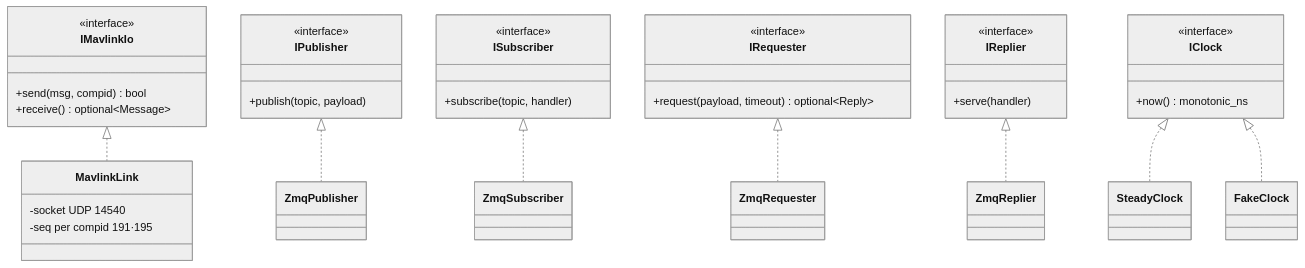
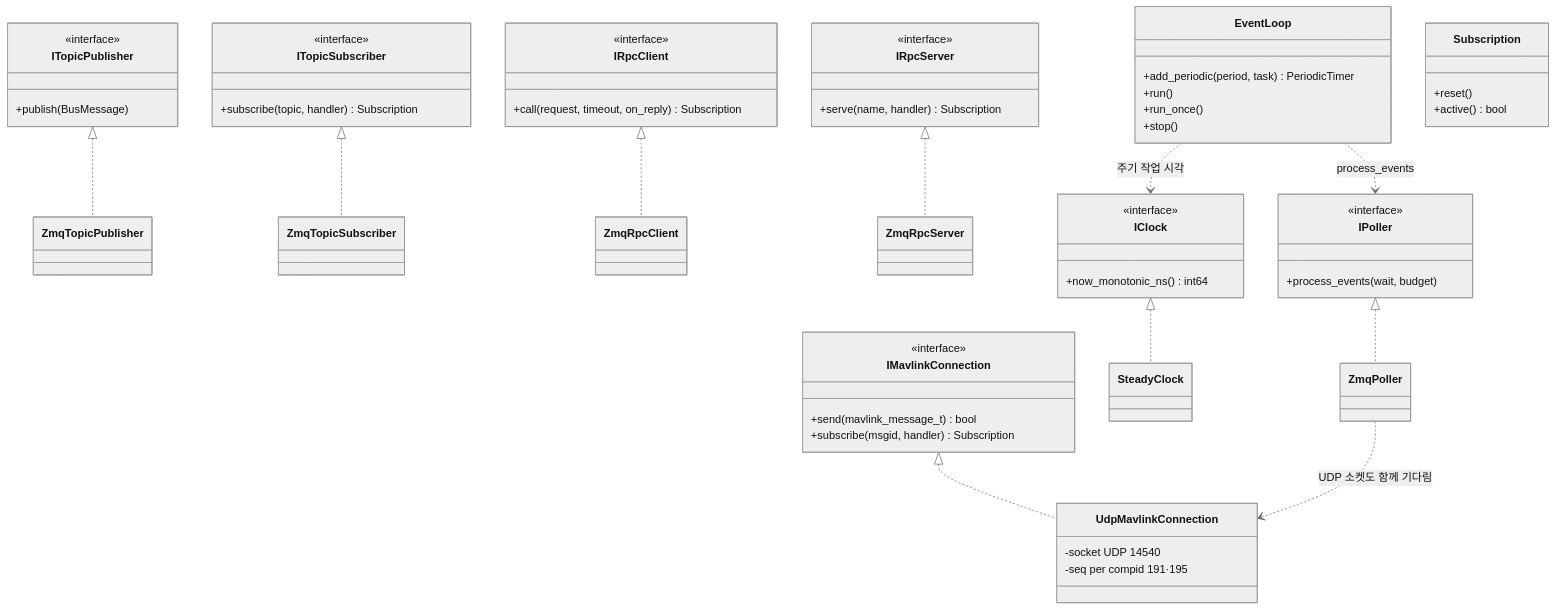
Before and after one commit to lig-argus/argus-edge-vision: the first of 3 diagrams in docs/design/uml/class_onboard.md, drawn with Mermaid (neutral theme). The commit also changed other lines of this file and 7 other files, not shown here.

````diff
--- a/docs/design/uml/class_onboard.md
+++ b/docs/design/uml/class_onboard.md
@@ -11,46 +12,63 @@
 ```mermaid
 classDiagram
-    class IMavlinkIo {
+    class IMavlinkConnection {
         <<interface>>
-        +send(msg, compid) bool
-        +receive() optional~Message~
+        +send(mavlink_message_t) bool
+        +subscribe(msgid, handler) Subscription
     }
-    class MavlinkLink {
+    class UdpMavlinkConnection {
         -socket UDP 14540
         -seq per compid 191·195
     }
-    class IPublisher {
+    class ITopicPublisher {
         <<interface>>
-        +publish(topic, payload)
+        +publish(BusMessage)
     }
-    class ISubscriber {
+    class ITopicSubscriber {
         <<interface>>
-        +subscribe(topic, handler)
+        +subscribe(topic, handler) Subscription
     }
-    class IRequester {
+    class IRpcClient {
         <<interface>>
-        +request(payload, timeout) optional~Reply~
+        +call(request, timeout, on_reply) Subscription
     }
-    class IReplier {
+    class IRpcServer {
         <<interface>>
-        +serve(handler)
+        +serve(name, handler) Subscription
     }
-    class ZmqPublisher
-    class ZmqSubscriber
-    class ZmqRequester
-    class ZmqReplier
+    class ZmqTopicPublisher
+    class ZmqTopicSubscriber
+    class ZmqRpcClient
+    class ZmqRpcServer
     class IClock {
         <<interface>>
-        +now() monotonic_ns
+        +now_monotonic_ns() int64
     }
     class SteadyClock
-    class FakeClock
+    class IPoller {
+        <<interface>>
+        +process_events(wait, budget)
+    }
+    class ZmqPoller
+    class EventLoop {
+        +add_periodic(period, task) PeriodicTimer
+        +run()
+        +run_once()
+        +stop()
+    }
+    class Subscription {
+        +reset()
+        +active() bool
+    }
 
-    IMavlinkIo <|.. MavlinkLink
-    IPublisher <|.. ZmqPublisher
-    ISubscriber <|.. ZmqSubscriber
-    IRequester <|.. ZmqRequester
-    IReplier <|.. ZmqReplier
+    IMavlinkConnection <|.. UdpMavlinkConnection
+    ITopicPublisher <|.. ZmqTopicPublisher
+    ITopicSubscriber <|.. ZmqTopicSubscriber
+    IRpcClient <|.. ZmqRpcClient
+    IRpcServer <|.. ZmqRpcServer
     IClock <|.. SteadyClock
-    IClock <|.. FakeClock
+    IPoller <|.. ZmqPoller
+    EventLoop ..> IPoller : process_events
+    EventLoop ..> IClock : 주기 작업 시각
+    ZmqPoller ..> UdpMavlinkConnection : UDP 소켓도 함께 기다림
 ```
````
